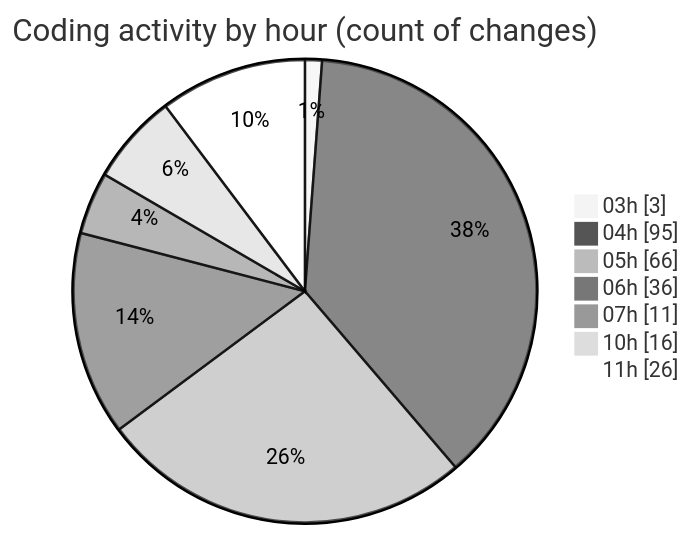
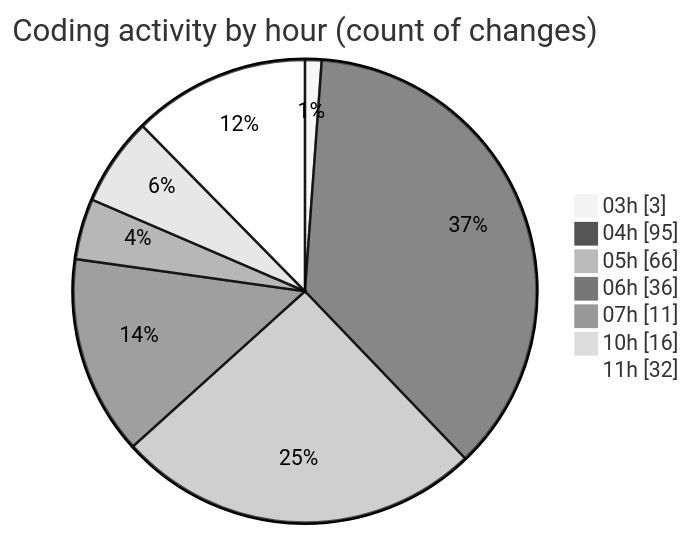
Before and after one commit to ernivani/code-tracking: the second of 2 diagrams in 2025-01-03/tinycms/README.md, drawn with Mermaid (neutral theme). The commit also changed other lines of this file and 5 other files, not shown here.

````diff
--- a/2025-01-03/tinycms/README.md
+++ b/2025-01-03/tinycms/README.md
@@ -76,11 +76,11 @@
 ```mermaid
 pie showData
 title Coding activity by hour (count of changes)
 "03h" : 3
 "04h" : 95
 "05h" : 66
 "06h" : 36
 "07h" : 11
 "10h" : 16
-"11h" : 26
+"11h" : 32
 ```
````
